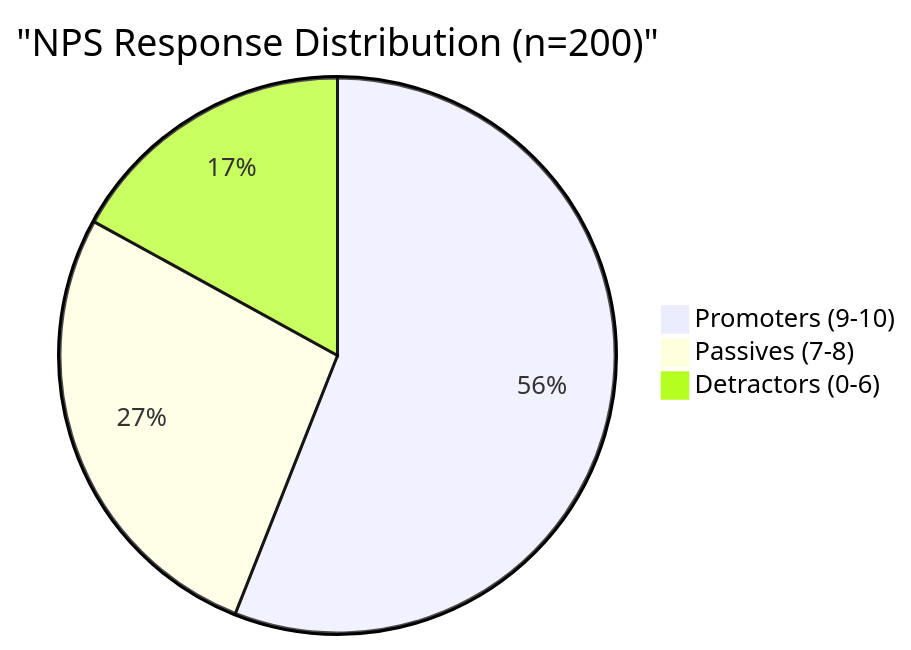
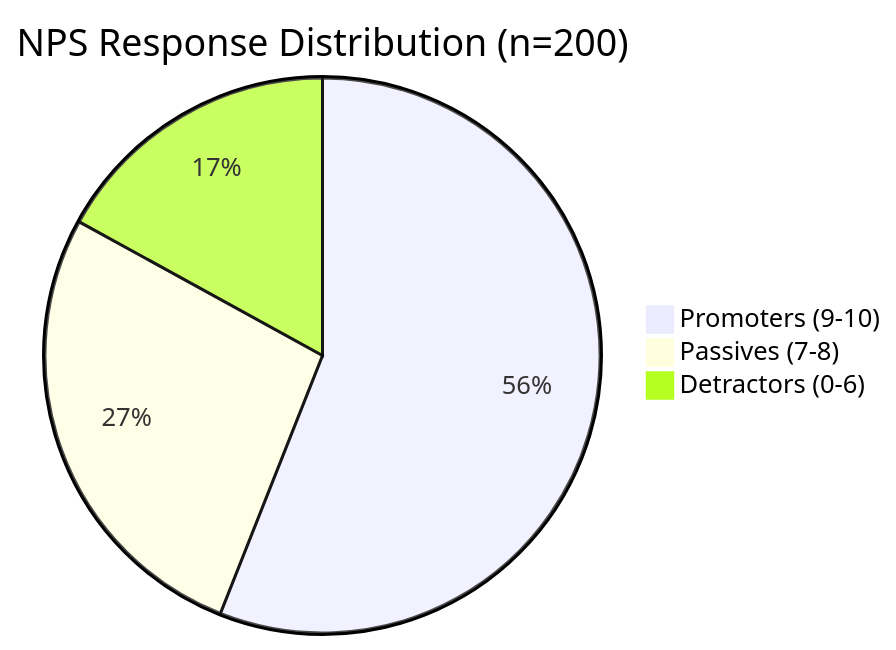
Before and after one commit to kouko/monkey-skills: the seventh of 8 diagrams in obsidian/skills/obsidian-mermaid-visualizer/data-viz/pie.md, drawn with Mermaid. The commit also changed other lines of this file and 10 other files, not shown here.

````diff
--- a/obsidian/skills/obsidian-mermaid-visualizer/data-viz/pie.md
+++ b/obsidian/skills/obsidian-mermaid-visualizer/data-viz/pie.md
@@ -102,6 +105,6 @@
 ```mermaid
-pie title "NPS Response Distribution (n=200)"
+pie title NPS Response Distribution (n=200)
     "Promoters (9-10)" : 112
     "Passives (7-8)" : 54
     "Detractors (0-6)" : 34
 ```
````
